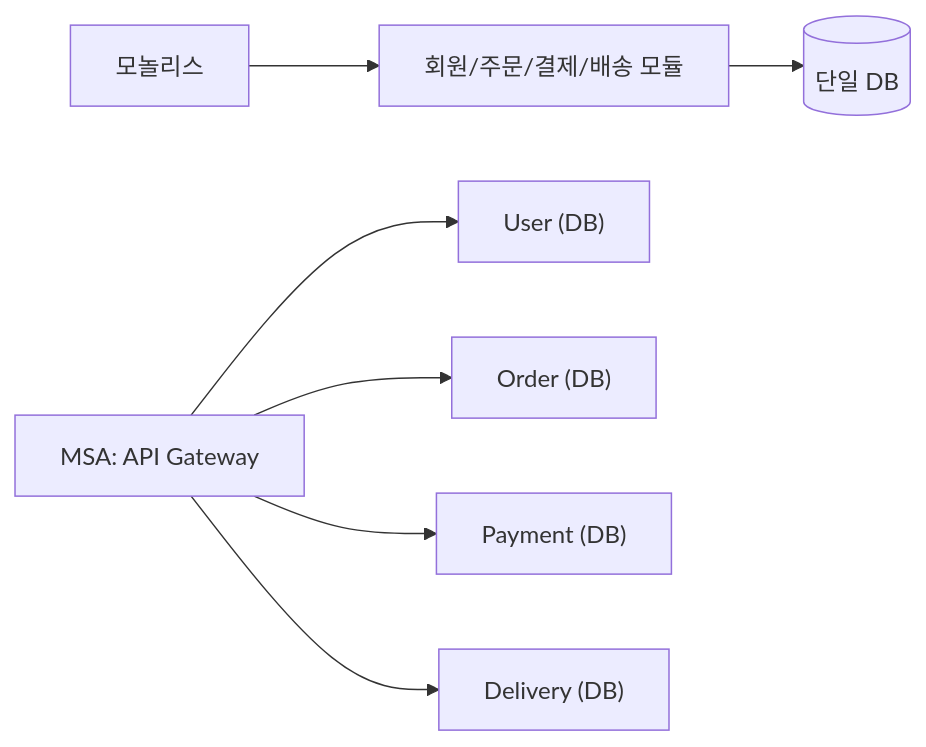
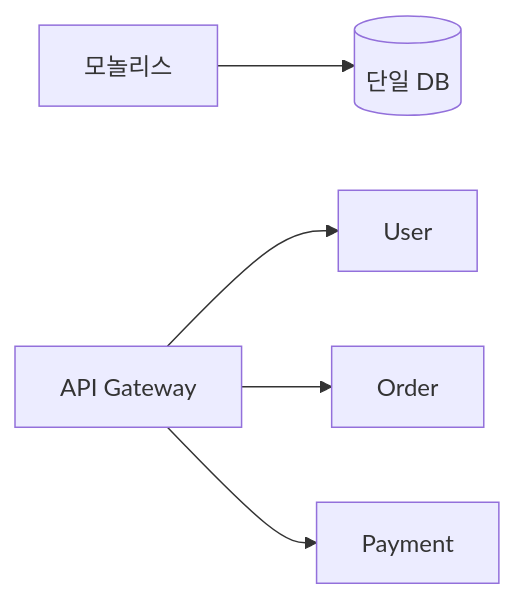
The first of 4 diagrams in _posts/architecture/2026-05-01-msa.md (yjkim2015/yjkim2015.github.io), drawn with Mermaid before and after one commit. The commit also changed other lines of this file and 163 other files, not shown here.

First line of the commit message:
Mermaid 300개 블록 내용 축소: 5노드 5엣지 이하, 의미 있는 약어

````diff
--- a/_posts/architecture/2026-05-01-msa.md
+++ b/_posts/architecture/2026-05-01-msa.md
@@ -19,9 +19,7 @@
 ```mermaid
 graph LR
-    M["모놀리스"] --> U["회원/주문/결제/배송 모듈"]
-    U --> DB1[("단일 DB")]
-    GW["MSA: API Gateway"] --> US["User (DB)"]
-    GW --> OS["Order (DB)"]
-    GW --> PS["Payment (DB)"]
-    GW --> DS["Delivery (DB)"]
+    M["모놀리스"] --> DB1[("단일 DB")]
+    GW["API Gateway"] --> US["User"]
+    GW --> OS["Order"]
+    GW --> PS["Payment"]
 ```
````
